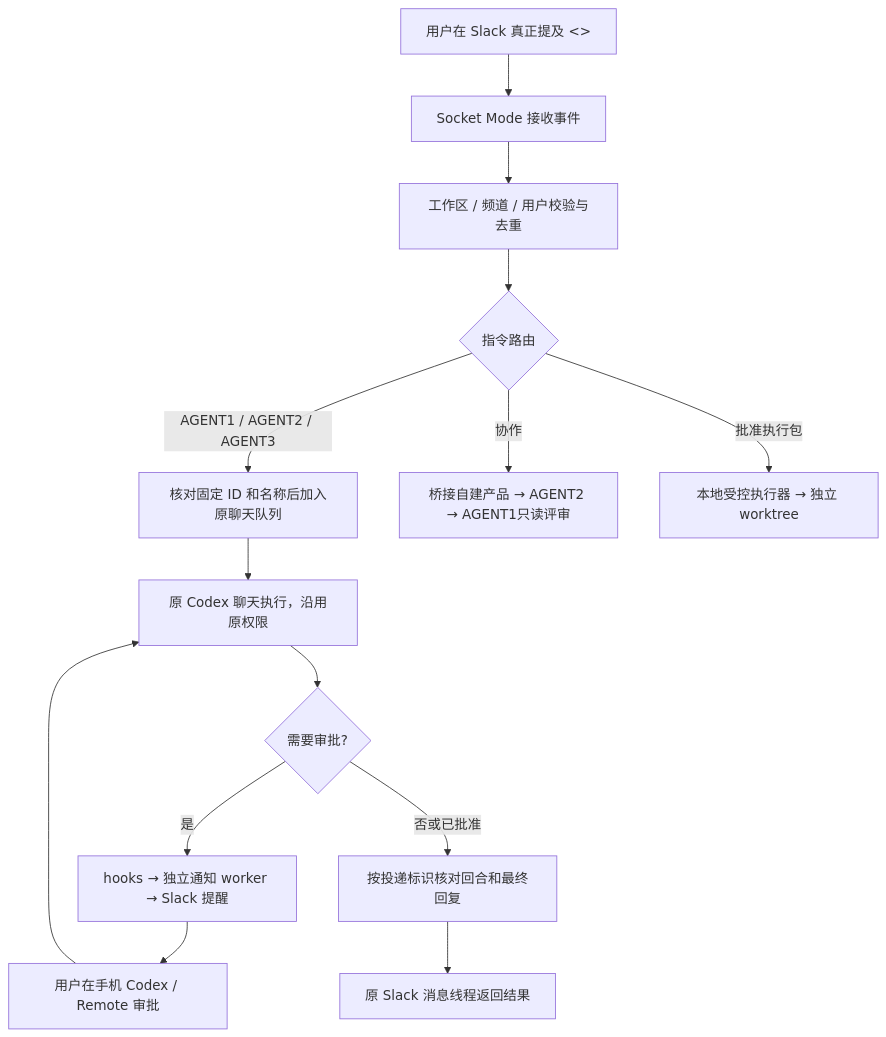
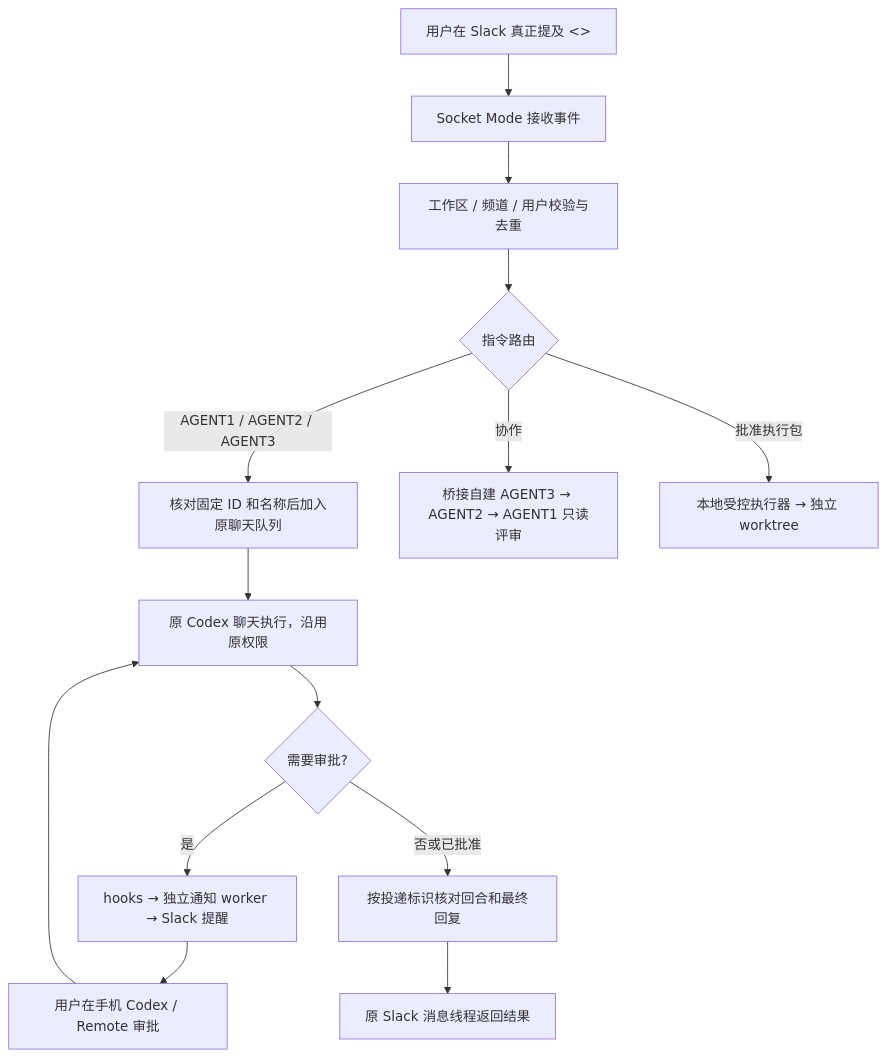
Before and after one commit to santonear/Codex_Slack_Bridge_Win: the diagram in docs/zh/01-process.md, drawn with Mermaid. The commit also changed other lines of this file and 10 other files, not shown here.

````diff
--- a/docs/zh/01-process.md
+++ b/docs/zh/01-process.md
@@ -11,16 +11,16 @@
 ```mermaid
 flowchart TD
     U["用户在 Slack 真正提及 <<Slack机器人>>"] --> S[Socket Mode 接收事件]
     S --> V[工作区 / 频道 / 用户校验与去重]
     V --> R{指令路由}
     R -->|AGENT1 / AGENT2 / AGENT3| Q[核对固定 ID 和名称后加入原聊天队列]
     Q --> C[原 Codex 聊天执行，沿用原权限]
     C --> A{需要审批?}
     A -->|是| H[hooks → 独立通知 worker → Slack 提醒]
     H --> M[用户在手机 Codex / Remote 审批]
     M --> C
     A -->|否或已批准| F[按投递标识核对回合和最终回复]
     F --> B[原 Slack 消息线程返回结果]
-    R -->|协作| L[桥接自建产品 → AGENT2 → AGENT1只读评审]
+    R -->|协作| L[桥接自建 AGENT3 → AGENT2 → AGENT1 只读评审]
     R -->|批准执行包| E[本地受控执行器 → 独立 worktree]
 ```
````
